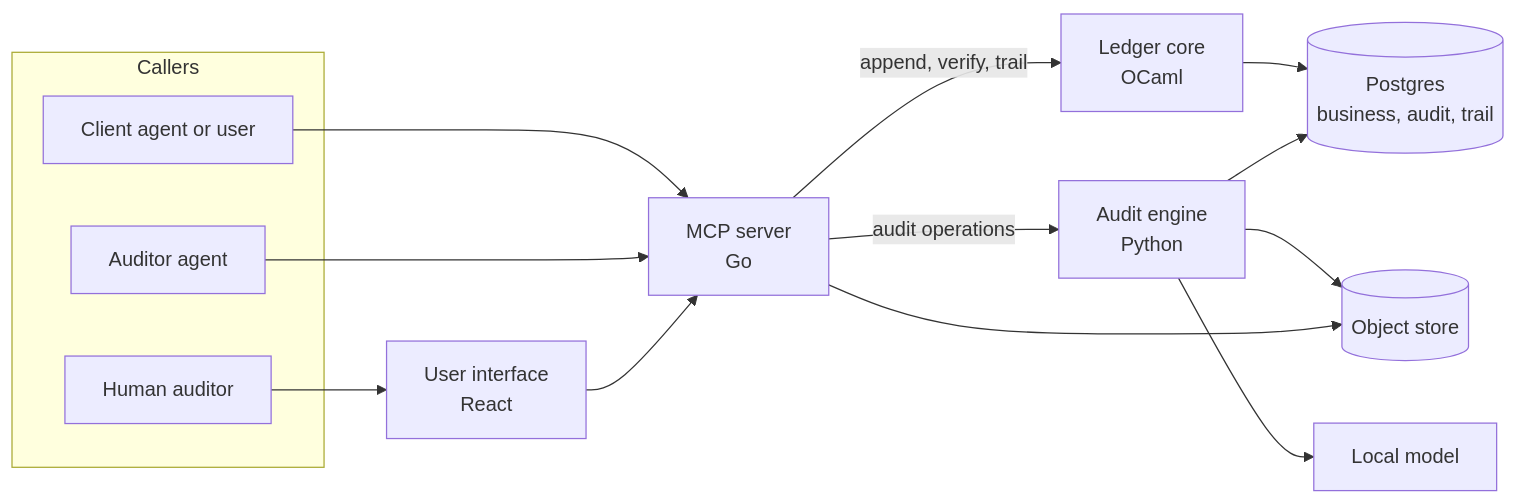
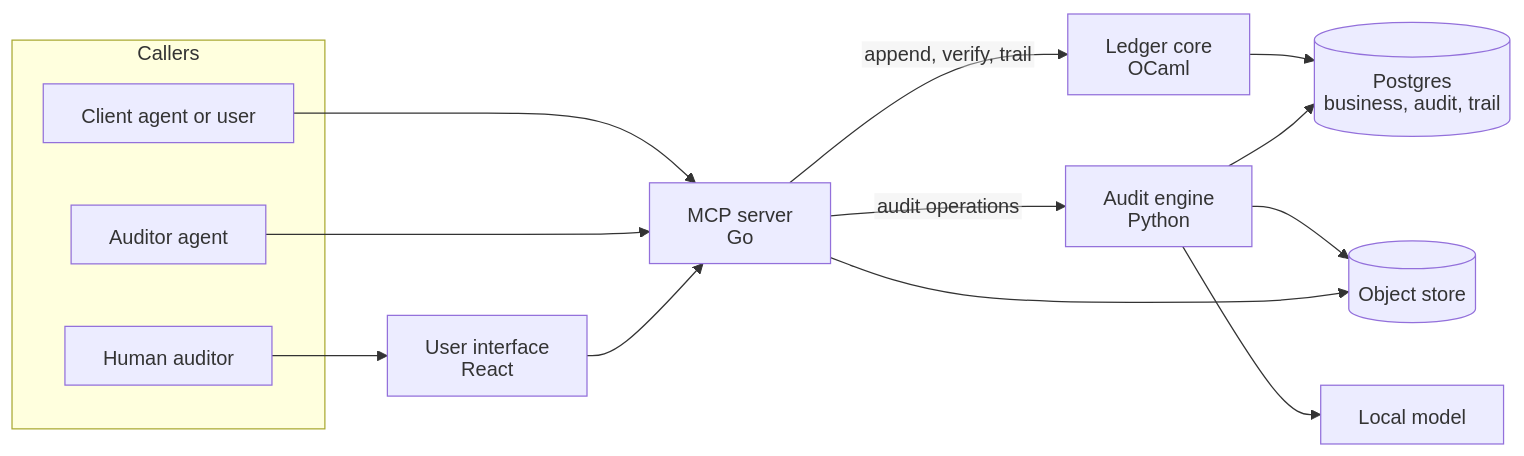
Before and after one commit to dharmi10/Sanchay--Agentic-Statutory-Audit-Engine: the diagram in docs/PRD.md, drawn with Mermaid. The commit also changed 2 other files, not shown here.

Commit message:
Keep flowchart labels whole on GitHub instead of cut at the edge of a box

````diff
--- a/docs/PRD.md
+++ b/docs/PRD.md
@@ -218,27 +218,28 @@
 ```mermaid
+%%{init: {"htmlLabels": false, "flowchart": {"wrappingWidth": 400}}}%%
 flowchart LR
     subgraph Callers
         CA[Client agent or user]
         AA[Auditor agent]
         HU[Human auditor]
     end
 
     UI[User interface<br/>React]
     MCP[MCP server<br/>Go]
     LC[Ledger core<br/>OCaml]
     ENG[Audit engine<br/>Python]
     DB[(Postgres<br/>business, audit, trail)]
     OBJ[(Object store)]
     LLM[Local model]
 
     CA --> MCP
     AA --> MCP
     HU --> UI --> MCP
     MCP -->|append, verify, trail| LC
     MCP -->|audit operations| ENG
     LC --> DB
     ENG --> DB
     ENG --> OBJ
     ENG --> LLM
     MCP --> OBJ
 ```
````
